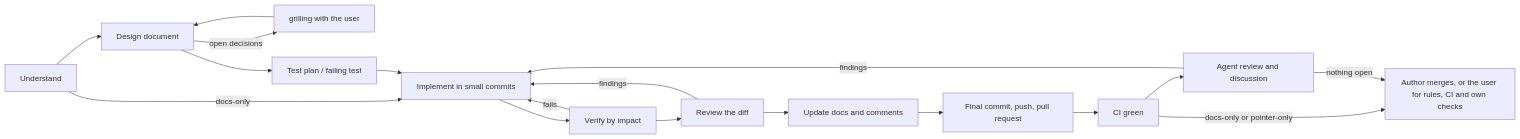
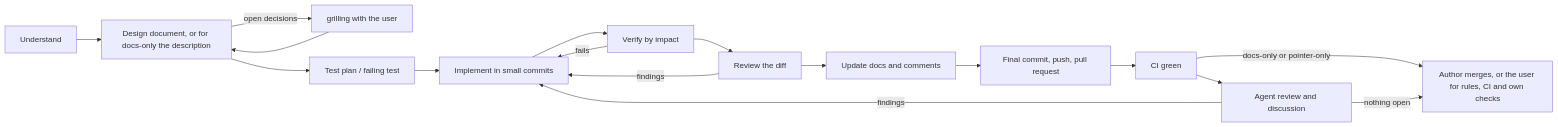
The first of 3 diagrams in docs/workflow.md (SMB-M87/Kinetra), drawn with Mermaid before and after one commit. The commit also changed other lines of this file and 8 other files, not shown here.

````diff
--- a/docs/workflow.md
+++ b/docs/workflow.md
@@ -25,20 +25,19 @@
 ```mermaid
 flowchart LR
-    U[Understand] --> D[Design document]
-    U -->|docs-only| I
+    U[Understand] --> D[Design document, or for docs-only the description]
     D -->|open decisions| G[grilling with the user]
     G --> D
     D --> T[Test plan / failing test]
     T --> I[Implement in small commits]
     I --> V[Verify by impact]
     V -->|fails| I
     V --> R[Review the diff]
     R -->|findings| I
     R --> Doc[Update docs and comments]
     Doc --> C[Final commit, push, pull request]
     C --> CI[CI green]
     CI -->|docs-only or pointer-only| M
     CI --> AR[Agent review and discussion]
     AR -->|findings| I
     AR -->|nothing open| M[Author merges, or the user for rules, CI and own checks]
 ```
````
